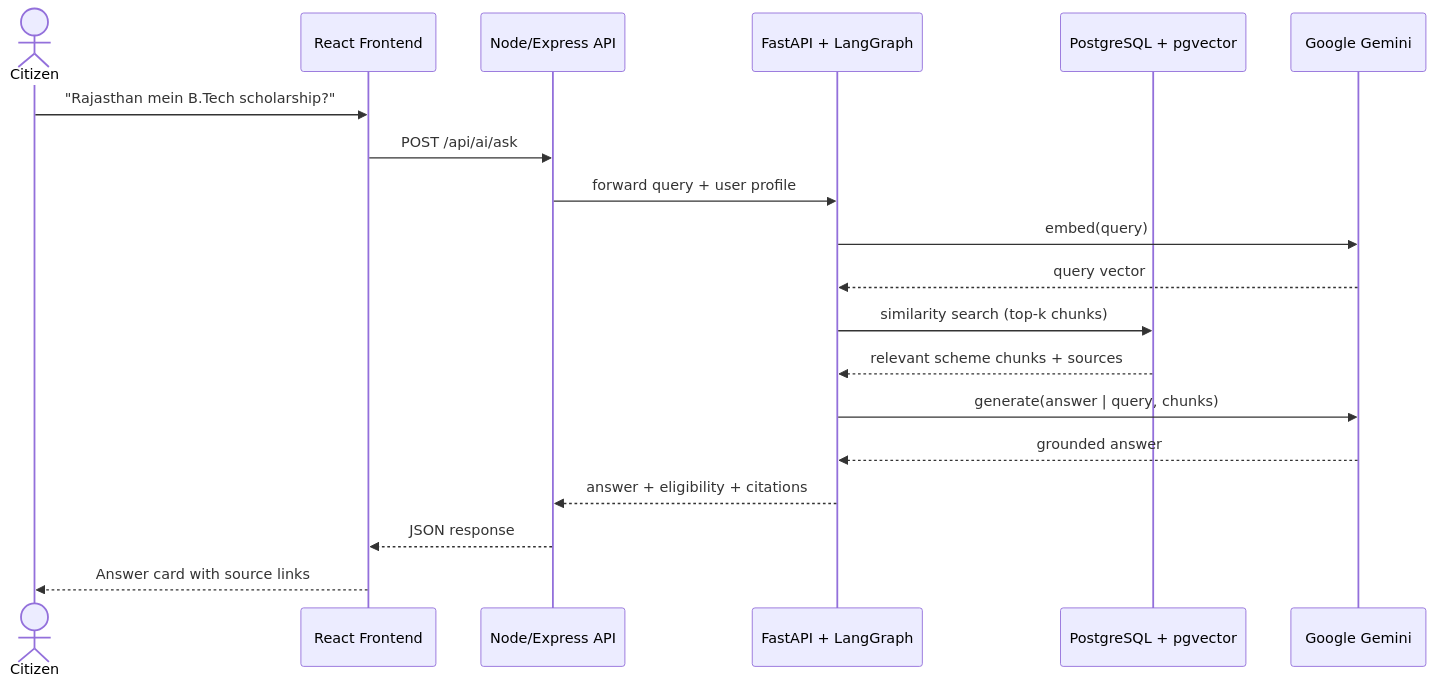
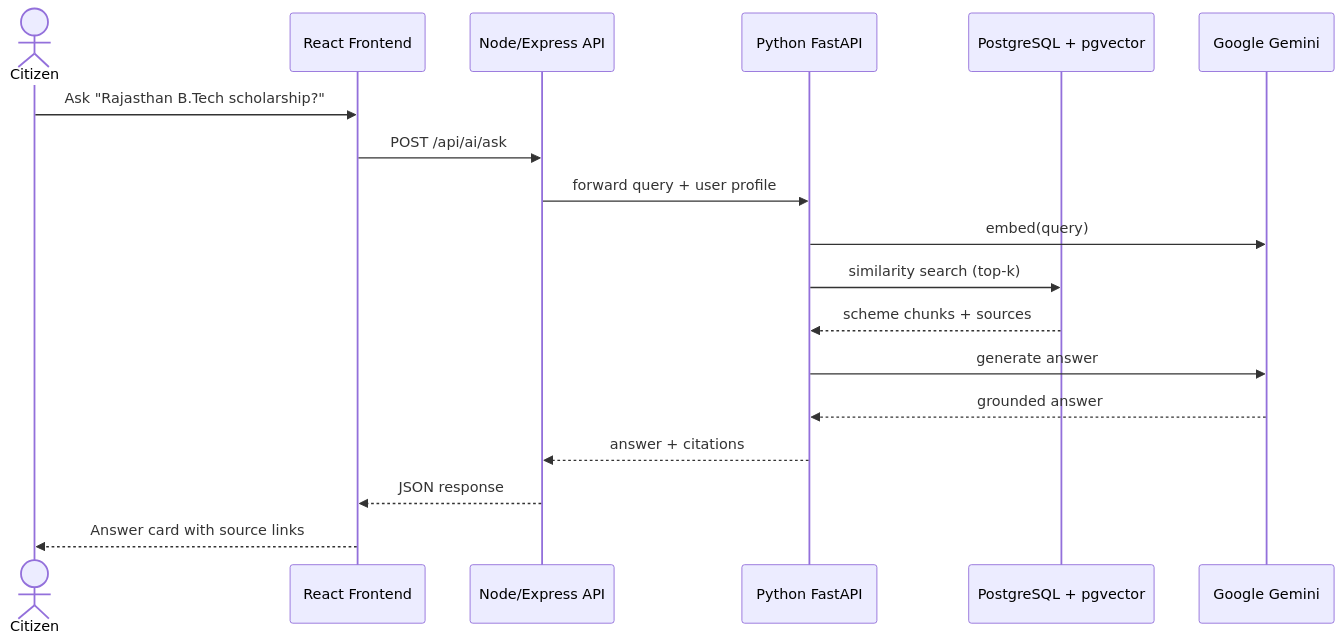
One commit to Akshatsrii/Adhikar changed the diagram in README.md. Above: the diagram before and after it, drawn with Mermaid. The commit also changed other lines of this file and 38 other files, not shown here.

Commit message:
feat: complete Adhikar roadmap (Stages 6 to 12)

````diff
--- a/README.md
+++ b/README.md
@@ -85,22 +42,21 @@
 ```mermaid
 sequenceDiagram
     actor Citizen
     participant FE as React Frontend
     participant API as Node/Express API
-    participant AI as FastAPI + LangGraph
+    participant AI as Python FastAPI
     participant PG as PostgreSQL + pgvector
     participant LLM as Google Gemini
 
-    Citizen->>FE: "Rajasthan mein B.Tech scholarship?"
+    Citizen->>FE: Ask "Rajasthan B.Tech scholarship?"
     FE->>API: POST /api/ai/ask
     API->>AI: forward query + user profile
     AI->>LLM: embed(query)
-    LLM-->>AI: query vector
-    AI->>PG: similarity search (top-k chunks)
-    PG-->>AI: relevant scheme chunks + sources
-    AI->>LLM: generate(answer | query, chunks)
+    AI->>PG: similarity search (top-k)
+    PG-->>AI: scheme chunks + sources
+    AI->>LLM: generate answer
     LLM-->>AI: grounded answer
-    AI-->>API: answer + eligibility + citations
+    AI-->>API: answer + citations
     API-->>FE: JSON response
     FE-->>Citizen: Answer card with source links
 ```
````
